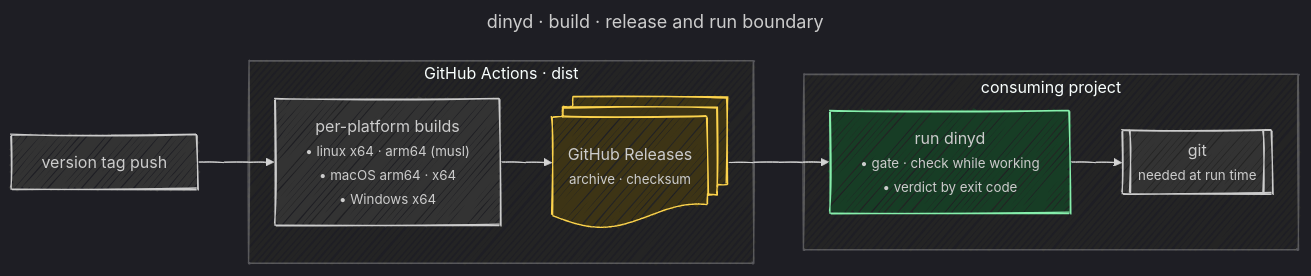
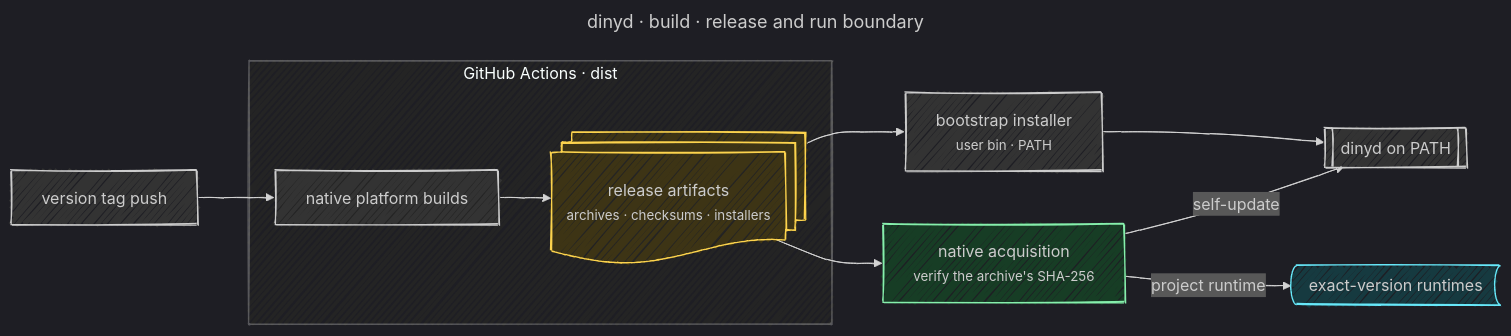
The diagram in blueprint/distribution.mermaid (undervoke/dinyd), drawn with Mermaid before and after one commit. The commit also changed 33 other files, not shown here.

```diff
--- a/blueprint/distribution.mermaid
+++ b/blueprint/distribution.mermaid
@@ -1,34 +1,39 @@
 ---
 title: dinyd · build · release and run boundary
 config:
   look: handDrawn
   handDrawnSeed: 5
   theme: dark
   themeVariables:
     mainBkg: "#333333"
     clusterBkg: "#242424"
   themeCSS: |
     small { display: inline-block; text-align: left; }
   flowchart:
     wrappingWidth: 300
 ---
 %% Behavior authority: distribution.md.
 flowchart LR
   Tag["version tag push"]
   subgraph Build["GitHub Actions · dist"]
-    Matrix["per-platform builds<br/><small>• linux x64 · arm64 (musl)<br/>• macOS arm64 · x64<br/>• Windows x64</small>"]
-    Release@{ shape: docs, label: "GitHub Releases<br/><small>archive · checksum</small>" }
+    Matrix["native platform builds"]
+    Release@{ shape: docs, label: "release artifacts<br/><small>archives · checksums · installers</small>" }
     Matrix --> Release
   end
-  subgraph Consumer["consuming project"]
-    Invoke["run dinyd<br/><small>• gate · check while working<br/>• verdict by exit code</small>"]
-    GitBin@{ shape: fr-rect, label: "git<br/><small>needed at run time</small>" }
-    Invoke --> GitBin
-  end
+  Bootstrap["bootstrap installer<br/><small>user bin · PATH</small>"]
+  Fetch["native acquisition<br/><small>verify the archive's SHA-256</small>"]
+  Global@{ shape: fr-rect, label: "dinyd on PATH" }
+  Cache@{ shape: bow-rect, label: "exact-version runtimes" }
+
   Tag --> Matrix
-  Release --> Invoke
+  Release --> Bootstrap --> Global
+  Release --> Fetch
+  Fetch -->|project runtime| Cache
+  Fetch -->|self-update| Global
 
   classDef em fill:#173d25,stroke:#86efac
+  classDef cache fill:#163a40,stroke:#67e8f9
   classDef file fill:#3d3415,stroke:#fcd34d
-  class Invoke em
+  class Fetch em
+  class Cache cache
   class Release file
```
